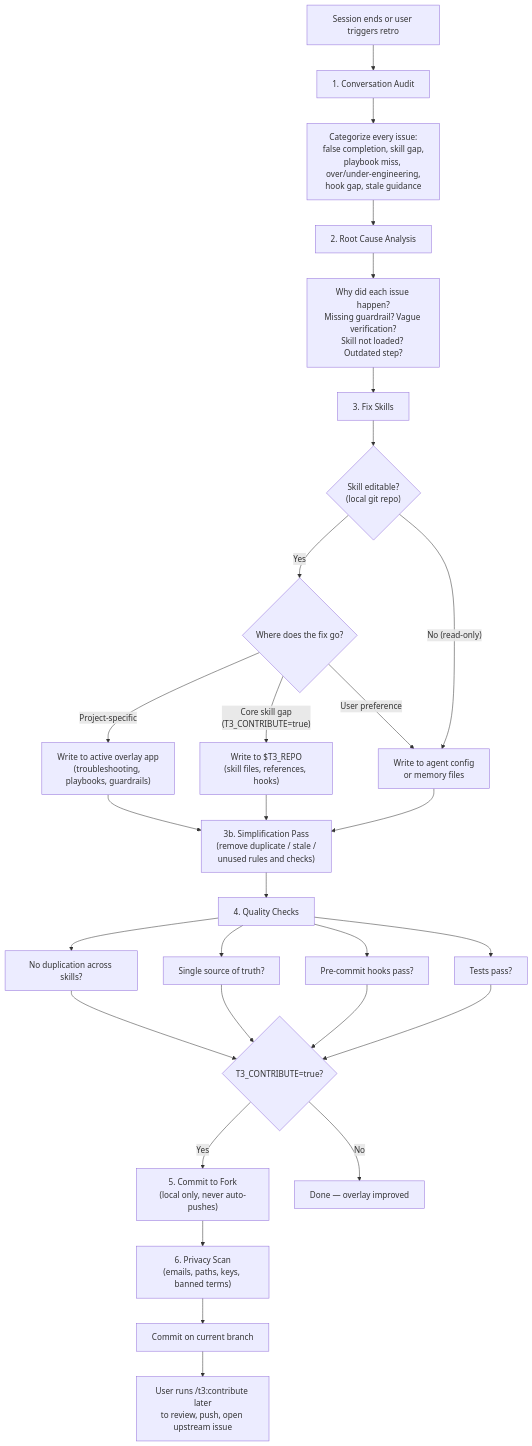
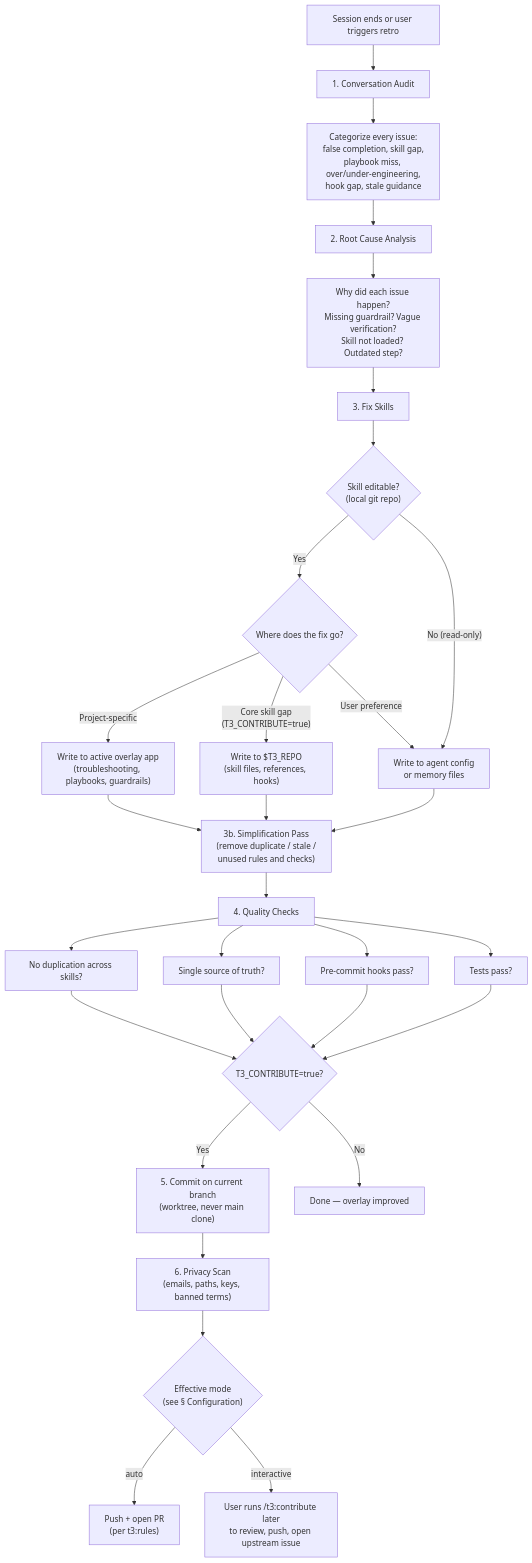
Before and after one commit to souliane/teatree: the diagram in skills/retro/SKILL.md, drawn with Mermaid. The commit also changed other lines of this file and 1 other file, not shown here.

First line of the commit message:
Retro lessons: classifier self-mod + push-gate mode resolution (#454)

````diff
--- a/skills/retro/SKILL.md
+++ b/skills/retro/SKILL.md
@@ -164,33 +166,34 @@
 ```mermaid
 flowchart TD
   A["Session ends or user triggers retro"] --> B["1. Conversation Audit"]
   B --> C["Categorize every issue:<br/>false completion, skill gap,<br/>playbook miss, over/under-engineering,<br/>hook gap, stale guidance"]
 
   C --> D["2. Root Cause Analysis"]
   D --> E["Why did each issue happen?<br/>Missing guardrail? Vague verification?<br/>Skill not loaded? Outdated step?"]
 
   E --> F["3. Fix Skills"]
   F --> EA{"Skill editable?<br/>(local git repo)"}
 
   EA -->|"Yes"| G{"Where does the fix go?"}
   EA -->|"No (read-only)"| J["Write to agent config<br/>or memory files"]
 
   G -->|"Project-specific"| H["Write to active overlay app<br/>(troubleshooting, playbooks, guardrails)"]
   G -->|"Core skill gap<br/>(T3_CONTRIBUTE=true)"| I["Write to $T3_REPO<br/>(skill files, references, hooks)"]
   G -->|"User preference"| J
 
   H & I & J --> SIMP["3b. Simplification Pass<br/>(remove duplicate / stale /<br/>unused rules and checks)"]
   SIMP --> K["4. Quality Checks"]
   K --> L["No duplication across skills?"]
   K --> M["Single source of truth?"]
   K --> N["Pre-commit hooks pass?"]
   K --> O["Tests pass?"]
 
   L & M & N & O --> P{"T3_CONTRIBUTE=true?"}
-  P -->|"Yes"| Q["5. Commit to Fork<br/>(local only, never auto-pushes)"]
+  P -->|"Yes"| Q["5. Commit on current branch<br/>(worktree, never main clone)"]
   P -->|"No"| R["Done — overlay improved"]
 
   Q --> S["6. Privacy Scan<br/>(emails, paths, keys, banned terms)"]
-  S --> T["Commit on current branch"]
-  T --> U["User runs /t3:contribute later<br/>to review, push, open upstream issue"]
+  S --> MODE{"Effective mode<br/>(see § Configuration)"}
+  MODE -->|"auto"| PUSH["Push + open PR<br/>(per t3:rules)"]
+  MODE -->|"interactive"| CONTRIB["User runs /t3:contribute later<br/>to review, push, open upstream issue"]
 ```
````
